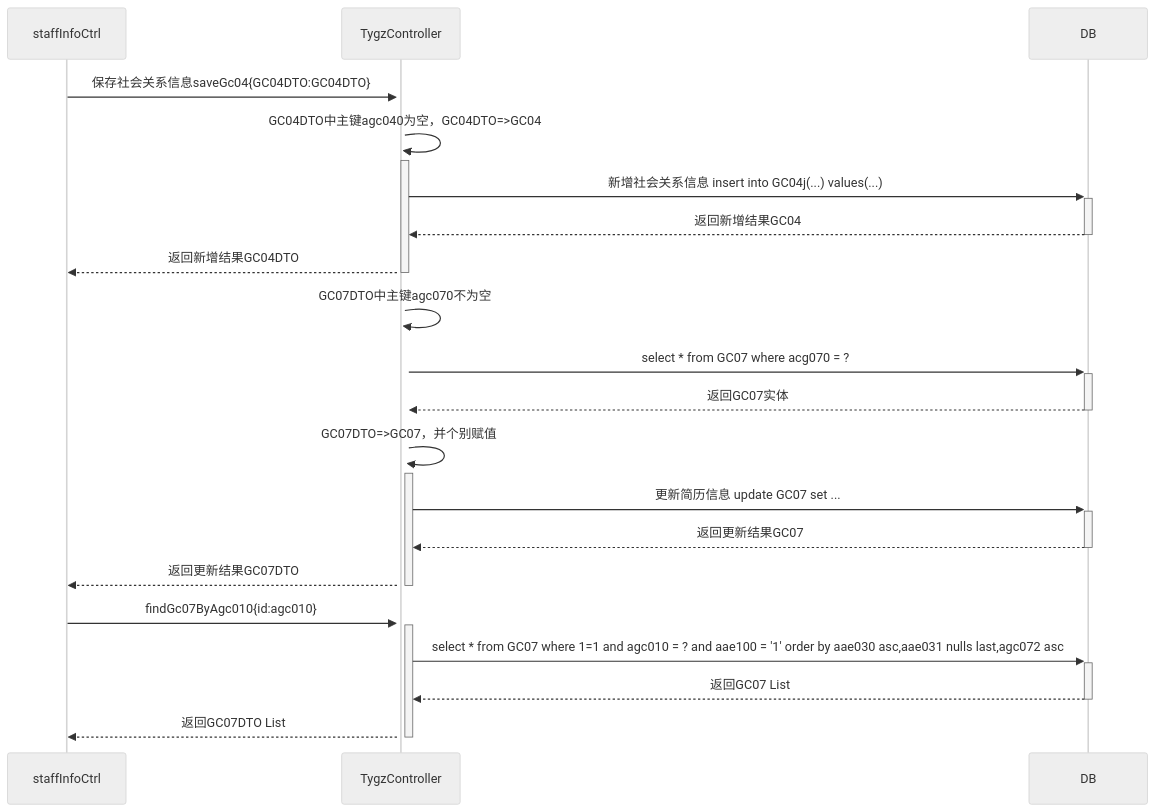
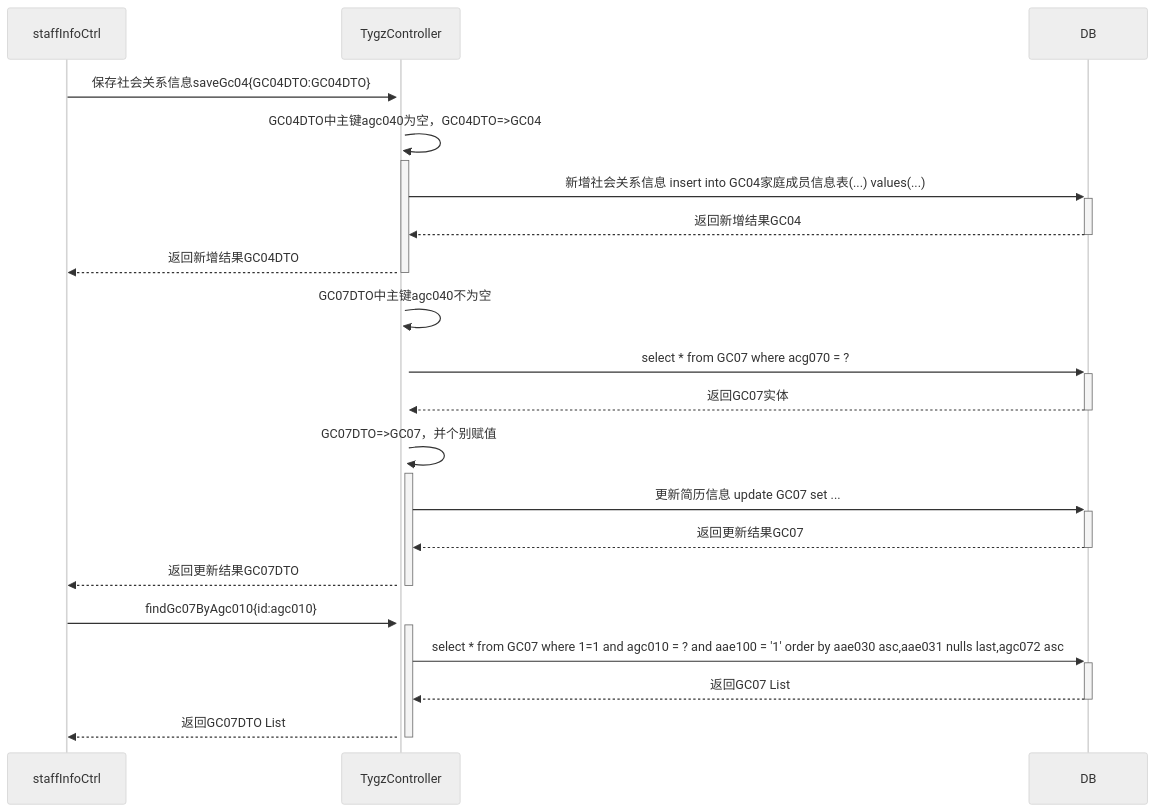
One commit to ZhangJianBeiJing/iodraw-files changed the diagram in all/未命名.md. Above: the diagram before and after it, drawn with Mermaid (neutral theme).

Commit message:
2025-03-25 17:33:33 update

````diff
--- a/all/未命名.md
+++ b/all/未命名.md
@@ -1,22 +1,22 @@
 ```mermaid
 sequenceDiagram
     staffInfoCtrl->>+TygzController:保存社会关系信息saveGc04{GC04DTO:GC04DTO}
     TygzController->>+TygzController:GC04DTO中主键agc040为空，GC04DTO=>GC04
-    TygzController->>+DB:新增社会关系信息 insert into GC04j(...) values(...)
+    TygzController->>+DB:新增社会关系信息 insert into GC04家庭成员信息表(...) values(...)
     DB-->>-TygzController:返回新增结果GC04
     TygzController-->>-staffInfoCtrl:返回新增结果GC04DTO
-    TygzController->>+TygzController:GC07DTO中主键agc070不为空
+    TygzController->>+TygzController:GC07DTO中主键agc040不为空
     TygzController->>+DB:select * from GC07 where acg070 = ?
     DB-->>-TygzController:返回GC07实体
     TygzController->>+TygzController:GC07DTO=>GC07，并个别赋值
     TygzController->>+DB:更新简历信息 update GC07 set ...
     DB-->>-TygzController:返回更新结果GC07
     TygzController-->>-staffInfoCtrl:返回更新结果GC07DTO
 
     staffInfoCtrl->>+TygzController:findGc07ByAgc010{id:agc010}
     TygzController->>+DB:select * from GC07 where 1=1 and agc010 = ? and aae100 = '1' order by aae030 asc,aae031 nulls last,agc072 asc 
     DB-->>-TygzController:返回GC07 List
     TygzController-->>-staffInfoCtrl:返回GC07DTO List
             
             
 ```
````
